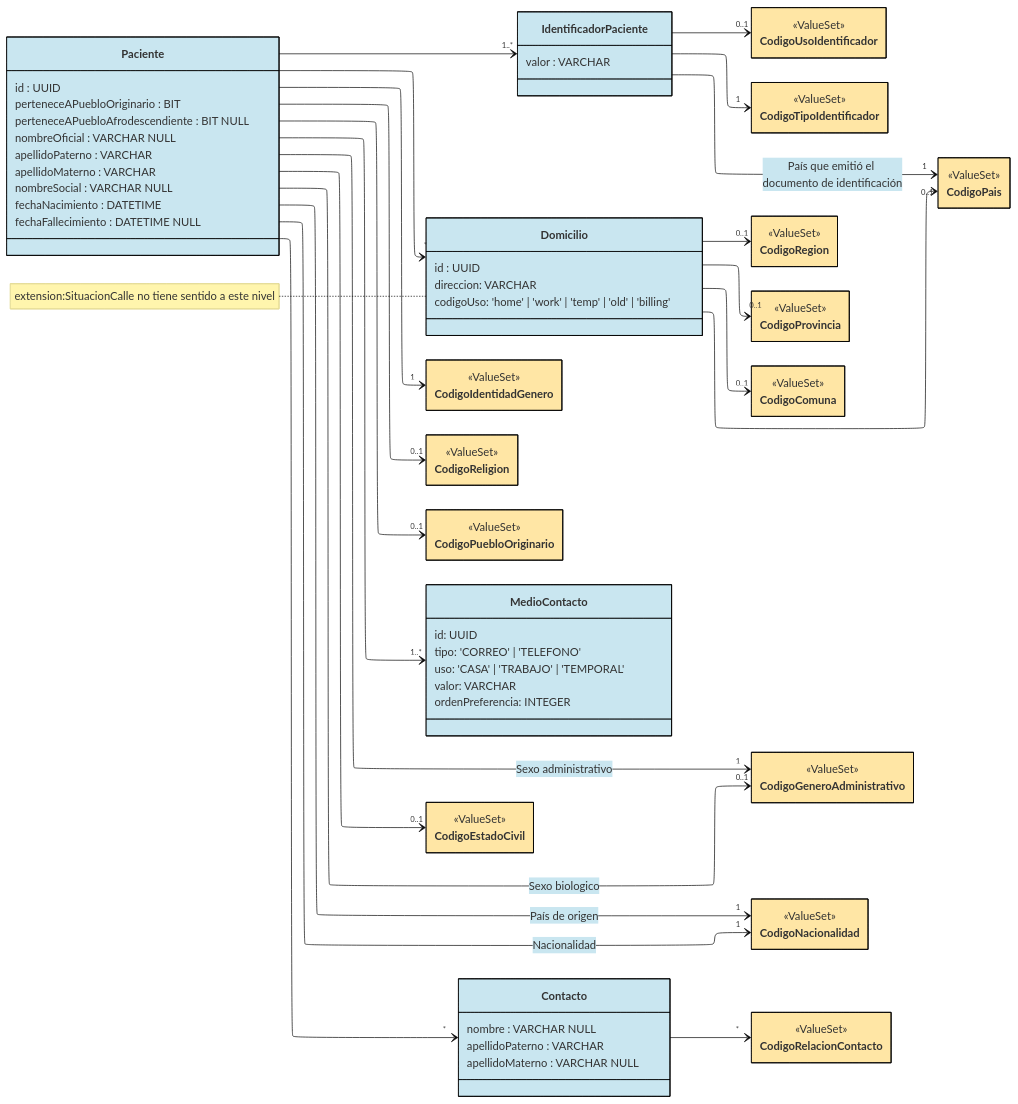
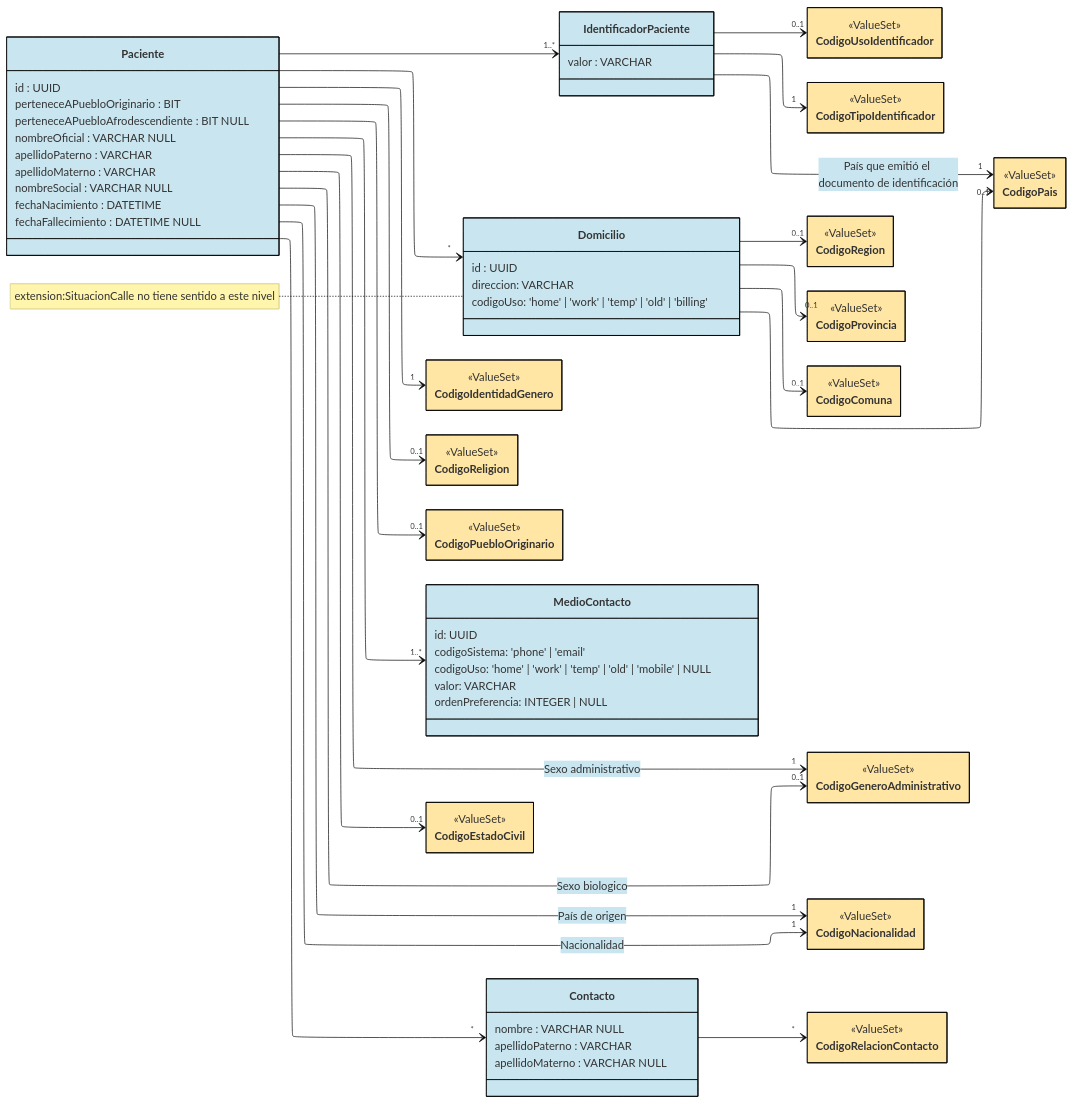
One commit to chris-f23/diagramas-fhir-tei changed the diagram in docs/Paciente.mmd. Above: the diagram before and after it, drawn with Mermaid. The commit also changed 2 other files, not shown here.

```diff
--- a/docs/Paciente.mmd
+++ b/docs/Paciente.mmd
@@ -1,150 +1,150 @@
 ---
 config:
   layout: elk
   theme: base
   class:
     hideEmptyMembersBox: true
   themeVariables:
     primaryBorderColor: "#000000"
     primaryColor: "#C9E6F0"
 ---
 
 classDiagram
 direction LR
 
 class Paciente {
   id : UUID
 
   perteneceAPuebloOriginario : BIT
   perteneceAPuebloAfrodescendiente : BIT NULL
 
   nombreOficial : VARCHAR NULL
   apellidoPaterno : VARCHAR
   apellidoMaterno : VARCHAR
   
   nombreSocial : VARCHAR NULL
 
   fechaNacimiento : DATETIME
   fechaFallecimiento : DATETIME NULL
 
 }
 
 class IdentificadorPaciente {
   valor : VARCHAR
 }
 
 link IdentificadorPaciente "https://build.fhir.org/ig/Minsal-CL/SIGTEv2-IG/StructureDefinition-PatientLE-definitions.html#Patient.identifier"
 
 Paciente --> "1..*" IdentificadorPaciente
 
 class CodigoUsoIdentificador { <<ValueSet>> }
 link CodigoUsoIdentificador "https://hl7.org/fhir/R4/valueset-identifier-use.html"
 style CodigoUsoIdentificador fill:#FFE6A5
 
 IdentificadorPaciente --> "0..1" CodigoUsoIdentificador
 
 
 class CodigoTipoIdentificador { <<ValueSet>> }
 link CodigoTipoIdentificador "https://hl7chile.cl/fhir/ig/clcore/1.9.2/ValueSet-VSTipoIdentificador.html"
 style CodigoTipoIdentificador fill:#FFE6A5
 
 IdentificadorPaciente --> "1" CodigoTipoIdentificador
 
 class CodigoPais { <<ValueSet>> }
 link CodigoPais "https://hl7chile.cl/fhir/ig/clcore/1.9.2/ValueSet-CodPais.html"
 style CodigoPais fill:#FFE6A5
 
 IdentificadorPaciente --> "1" CodigoPais: País que emitió el documento de identificación
 
 note for Domicilio "extension:SituacionCalle no tiene sentido a este nivel"
 class Domicilio {
   id : UUID
   direccion: VARCHAR
   codigoUso: 'home' | 'work' | 'temp' | 'old' | 'billing'
 }
 
 class CodigoRegion { <<ValueSet>> }
 style CodigoRegion fill:#FFE6A5
 
 class CodigoProvincia { <<ValueSet>> }
 style CodigoProvincia fill:#FFE6A5
 
 class CodigoComuna { <<ValueSet>> }
 style CodigoComuna fill:#FFE6A5
 
 Domicilio --> "0..1" CodigoPais
 Domicilio --> "0..1" CodigoRegion
 Domicilio --> "0..1" CodigoProvincia
 Domicilio --> "0..1" CodigoComuna
 
 Paciente --> "*" Domicilio
 
 
 class CodigoIdentidadGenero { <<ValueSet>> }
 link CodigoIdentidadGenero "https://hl7chile.cl/fhir/ig/clcore/1.9.2/ValueSet-VSIdentidaddeGenero.html"
 style CodigoIdentidadGenero fill:#FFE6A5
 
 
 Paciente --> "1" CodigoIdentidadGenero
 
 
 class CodigoGeneroAdministrativo { <<ValueSet>> }
 link CodigoGeneroAdministrativo "https://hl7.org/fhir/R4/valueset-administrative-gender.html"
 style CodigoGeneroAdministrativo fill:#FFE6A5
 
 
 Paciente --> "0..1" CodigoGeneroAdministrativo: Sexo biologico
 Paciente --> "1" CodigoGeneroAdministrativo: Sexo administrativo
 
 class CodigoNacionalidad { <<ValueSet>> }
 link CodigoNacionalidad "https://hl7chile.cl/fhir/ig/clcore/1.9.2/ValueSet-CodPais.html"
 style CodigoNacionalidad fill:#FFE6A5
 
 
 Paciente --> "1" CodigoNacionalidad: Nacionalidad
 Paciente --> "1" CodigoNacionalidad: País de origen
 
 
 class CodigoReligion { <<ValueSet>> }
 link CodigoReligion "https://build.fhir.org/ig/Minsal-CL/SIGTEv2-IG/ValueSet-VSReligion.html"
 style CodigoReligion fill:#FFE6A5
 
 
 Paciente --> "0..1" CodigoReligion
 
 class CodigoPuebloOriginario { <<ValueSet>> }
 link CodigoPuebloOriginario "https://build.fhir.org/ig/Minsal-CL/SIGTEv2-IG/ValueSet-PueblosOriginariosVS.html"
 style CodigoPuebloOriginario fill:#FFE6A5
 
 Paciente --> "0..1" CodigoPuebloOriginario
 
 class MedioContacto {
   id: UUID
-  tipo: 'CORREO' | 'TELEFONO'
-  uso: 'CASA' | 'TRABAJO' | 'TEMPORAL'
+  codigoSistema: 'phone' | 'email'
+  codigoUso: 'home' | 'work' | 'temp' | 'old' | 'mobile' | NULL
   valor: VARCHAR
-  ordenPreferencia: INTEGER
+  ordenPreferencia: INTEGER | NULL
 }
 
 Paciente --> "1..*" MedioContacto
 
 class CodigoEstadoCivil { <<ValueSet>> }
 link CodigoEstadoCivil "https://build.fhir.org/ig/Minsal-CL/SIGTEv2-IG/ValueSet-VSEstadoCivil.html"
 style CodigoEstadoCivil fill:#FFE6A5
 
 Paciente --> "0..1" CodigoEstadoCivil
 
 
 class Contacto {
   nombre : VARCHAR NULL
   apellidoPaterno : VARCHAR
   apellidoMaterno : VARCHAR NULL
 }
 
 class CodigoRelacionContacto { <<ValueSet>> }
 link CodigoRelacionContacto "https://hl7.org/fhir/R4/valueset-patient-contactrelationship.html"
 style CodigoRelacionContacto fill:#FFE6A5
 
 Contacto --> "*" CodigoRelacionContacto
 
 Paciente --> "*" Contacto
```
